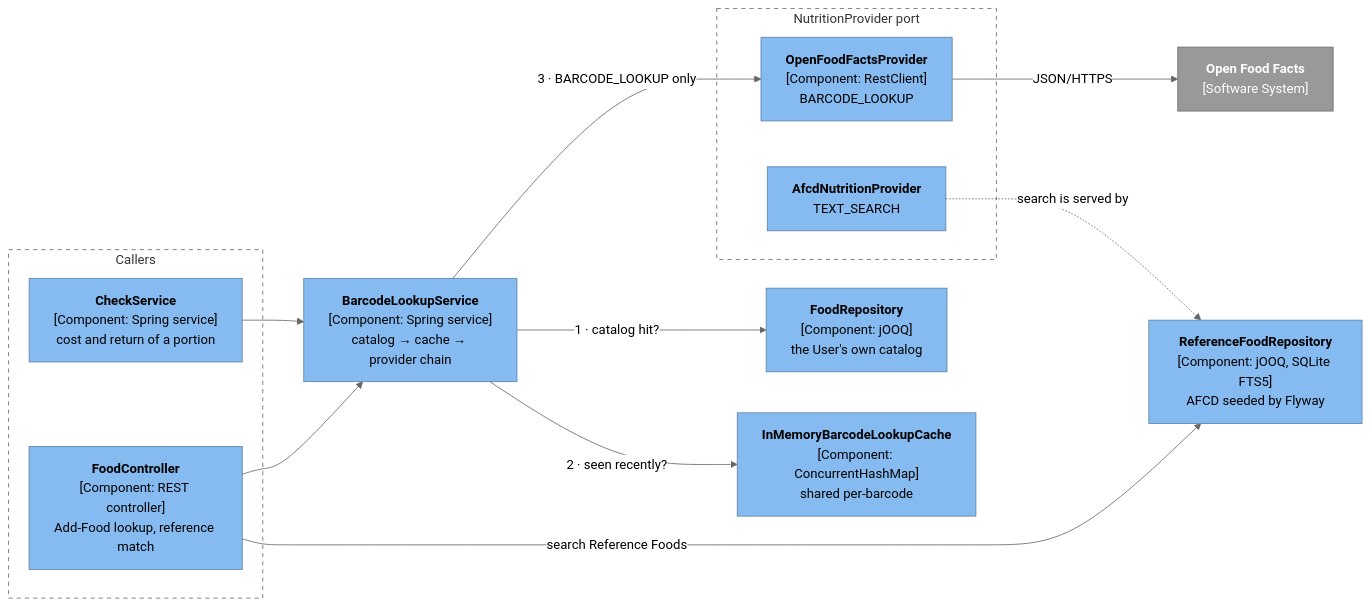
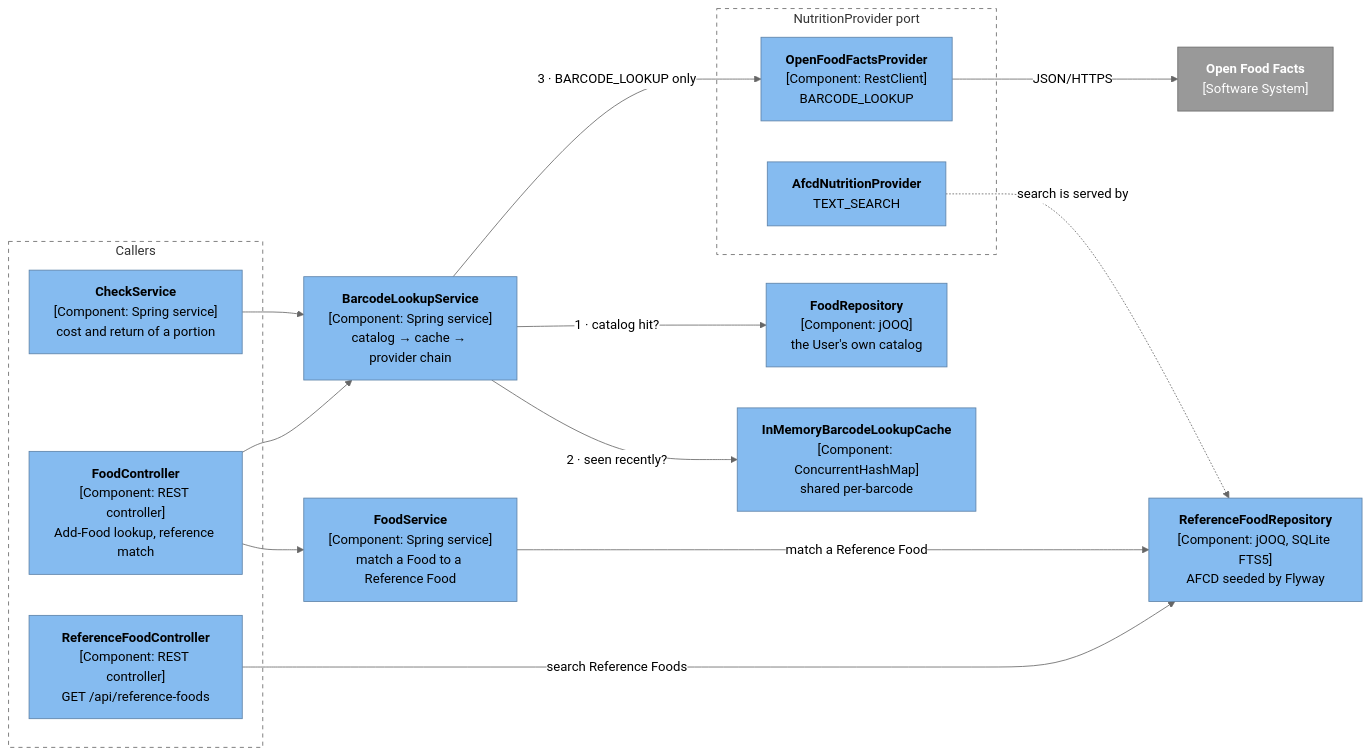
The sixth of 10 diagrams in docs/architecture.md (skrymer/tucker), drawn with Mermaid (neutral theme) before and after one commit. The commit also changed other lines of this file and 66 other files, not shown here.

````diff
--- a/docs/architecture.md
+++ b/docs/architecture.md
@@ -251,33 +255,37 @@
 ```mermaid
 flowchart LR
   subgraph callers["Callers"]
     foodCtl["<b>FoodController</b><br/>[Component: REST controller]<br/>Add-Food lookup, reference match"]:::component
+    refCtl["<b>ReferenceFoodController</b><br/>[Component: REST controller]<br/>GET /api/reference-foods"]:::component
     checkSvc["<b>CheckService</b><br/>[Component: Spring service]<br/>cost and return of a portion"]:::component
   end
 
+  foodSvc["<b>FoodService</b><br/>[Component: Spring service]<br/>match a Food to a Reference Food"]:::component
   lookup["<b>BarcodeLookupService</b><br/>[Component: Spring service]<br/>catalog → cache → provider chain"]:::component
   foods["<b>FoodRepository</b><br/>[Component: jOOQ]<br/>the User's own catalog"]:::component
   cache["<b>InMemoryBarcodeLookupCache</b><br/>[Component: ConcurrentHashMap]<br/>shared per-barcode"]:::component
 
   subgraph port["NutritionProvider port"]
     offp["<b>OpenFoodFactsProvider</b><br/>[Component: RestClient]<br/>BARCODE_LOOKUP"]:::component
     afcd["<b>AfcdNutritionProvider</b><br/>TEXT_SEARCH"]:::component
   end
 
   refRepo["<b>ReferenceFoodRepository</b><br/>[Component: jOOQ, SQLite FTS5]<br/>AFCD seeded by Flyway"]:::component
   off["<b>Open Food Facts</b><br/>[Software System]"]:::ext
 
   foodCtl --> lookup
   checkSvc --> lookup
   lookup -- "1 · catalog hit?" --> foods
   lookup -- "2 · seen recently?" --> cache
   lookup -- "3 · BARCODE_LOOKUP only" --> offp
   offp -- "JSON/HTTPS" --> off
-  foodCtl -- "search Reference Foods" --> refRepo
+  refCtl -- "search Reference Foods" --> refRepo
+  foodCtl --> foodSvc
+  foodSvc -- "match a Reference Food" --> refRepo
   afcd -. "search is served by" .-> refRepo
 
   classDef component fill:#85bbf0,color:#000,stroke:#5d82a8
   classDef ext fill:#999,color:#fff,stroke:#6b6b6b
   style callers fill:none,stroke:#666,stroke-dasharray:5 5
   style port fill:none,stroke:#666,stroke-dasharray:5 5
 ```
````
